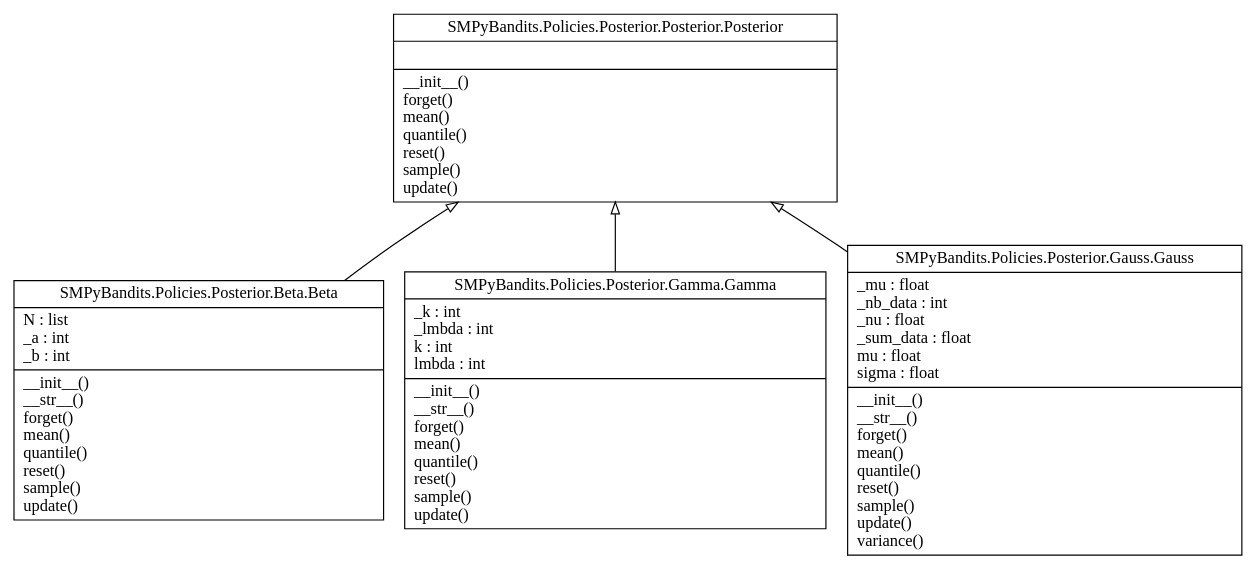
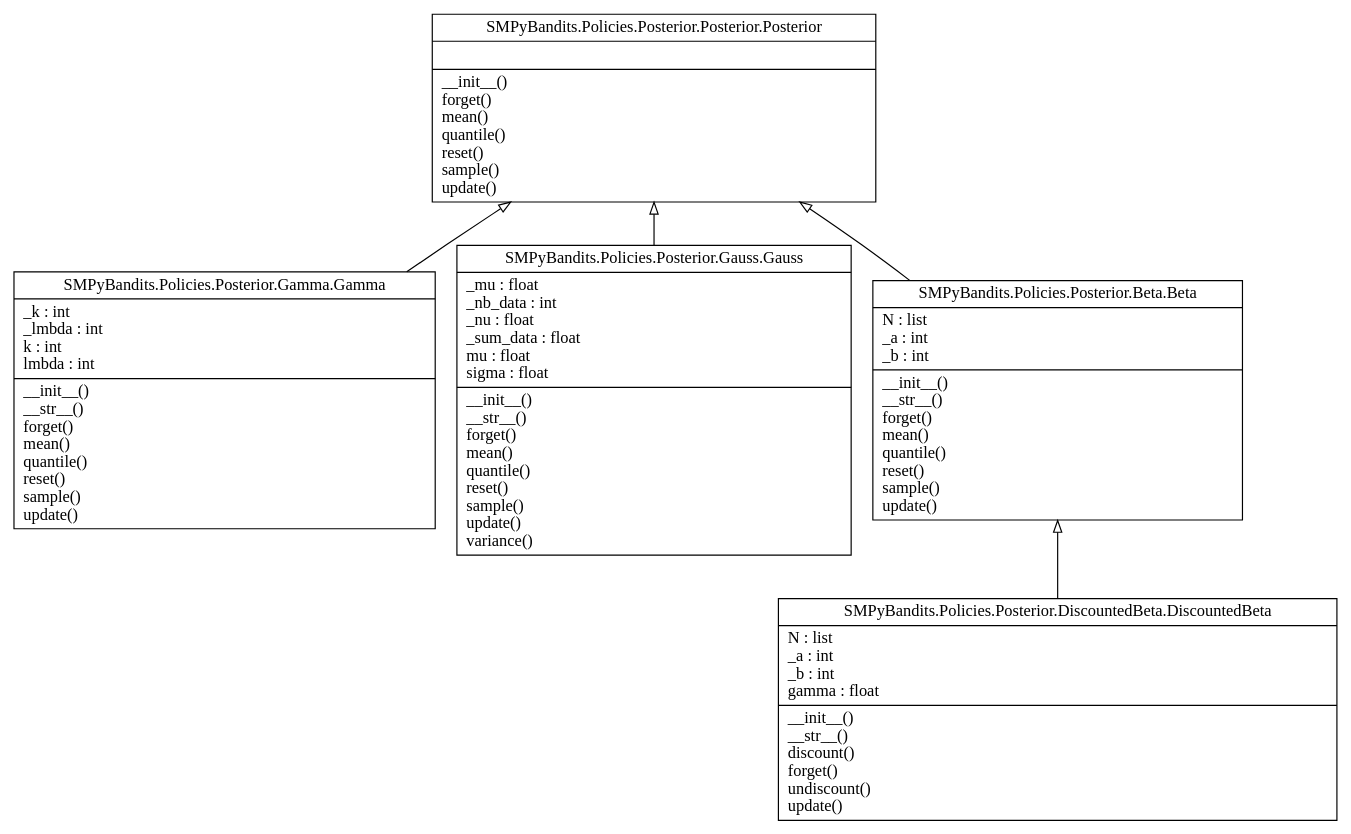
The diagram in uml_diagrams/classes_SMPyBandits.Policies.Posterior.dot (SMPyBandits/SMPyBandits), drawn with Graphviz before and after one commit. The commit also changed 28 other files, not shown here.

Commit message:
Updated UML and docs.

```diff
--- a/uml_diagrams/classes_SMPyBandits.Policies.Posterior.dot
+++ b/uml_diagrams/classes_SMPyBandits.Policies.Posterior.dot
@@ -1,11 +1,13 @@
 digraph "classes_SMPyBandits.Policies.Posterior" {
 charset="utf-8"
 rankdir=BT
 "0" [label="{SMPyBandits.Policies.Posterior.Beta.Beta|N : list\l_a : int\l_b : int\l|__init__()\l__str__()\lforget()\lmean()\lquantile()\lreset()\lsample()\lupdate()\l}", shape="record"];
-"1" [label="{SMPyBandits.Policies.Posterior.Gamma.Gamma|_k : int\l_lmbda : int\lk : int\llmbda : int\l|__init__()\l__str__()\lforget()\lmean()\lquantile()\lreset()\lsample()\lupdate()\l}", shape="record"];
-"2" [label="{SMPyBandits.Policies.Posterior.Gauss.Gauss|_mu : float\l_nb_data : int\l_nu : float\l_sum_data : float\lmu : float\lsigma : float\l|__init__()\l__str__()\lforget()\lmean()\lquantile()\lreset()\lsample()\lupdate()\lvariance()\l}", shape="record"];
-"3" [label="{SMPyBandits.Policies.Posterior.Posterior.Posterior|\l|__init__()\lforget()\lmean()\lquantile()\lreset()\lsample()\lupdate()\l}", shape="record"];
-"0" -> "3" [arrowhead="empty", arrowtail="none"];
-"1" -> "3" [arrowhead="empty", arrowtail="none"];
-"2" -> "3" [arrowhead="empty", arrowtail="none"];
+"1" [label="{SMPyBandits.Policies.Posterior.DiscountedBeta.DiscountedBeta|N : list\l_a : int\l_b : int\lgamma : float\l|__init__()\l__str__()\ldiscount()\lforget()\lundiscount()\lupdate()\l}", shape="record"];
+"2" [label="{SMPyBandits.Policies.Posterior.Gamma.Gamma|_k : int\l_lmbda : int\lk : int\llmbda : int\l|__init__()\l__str__()\lforget()\lmean()\lquantile()\lreset()\lsample()\lupdate()\l}", shape="record"];
+"3" [label="{SMPyBandits.Policies.Posterior.Gauss.Gauss|_mu : float\l_nb_data : int\l_nu : float\l_sum_data : float\lmu : float\lsigma : float\l|__init__()\l__str__()\lforget()\lmean()\lquantile()\lreset()\lsample()\lupdate()\lvariance()\l}", shape="record"];
+"4" [label="{SMPyBandits.Policies.Posterior.Posterior.Posterior|\l|__init__()\lforget()\lmean()\lquantile()\lreset()\lsample()\lupdate()\l}", shape="record"];
+"0" -> "4" [arrowhead="empty", arrowtail="none"];
+"1" -> "0" [arrowhead="empty", arrowtail="none"];
+"2" -> "4" [arrowhead="empty", arrowtail="none"];
+"3" -> "4" [arrowhead="empty", arrowtail="none"];
 }
```
